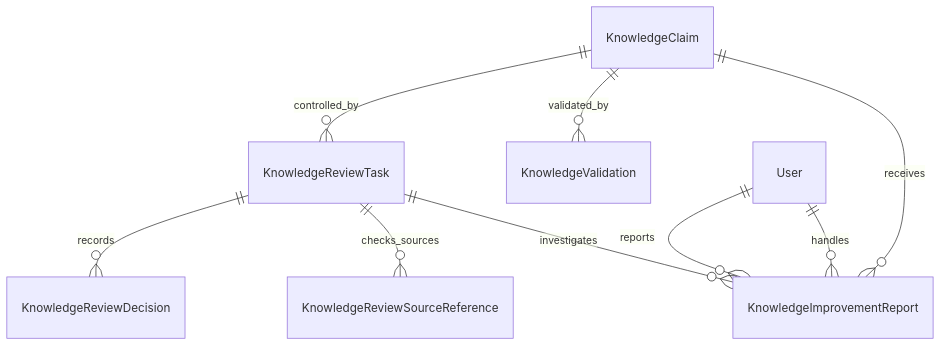
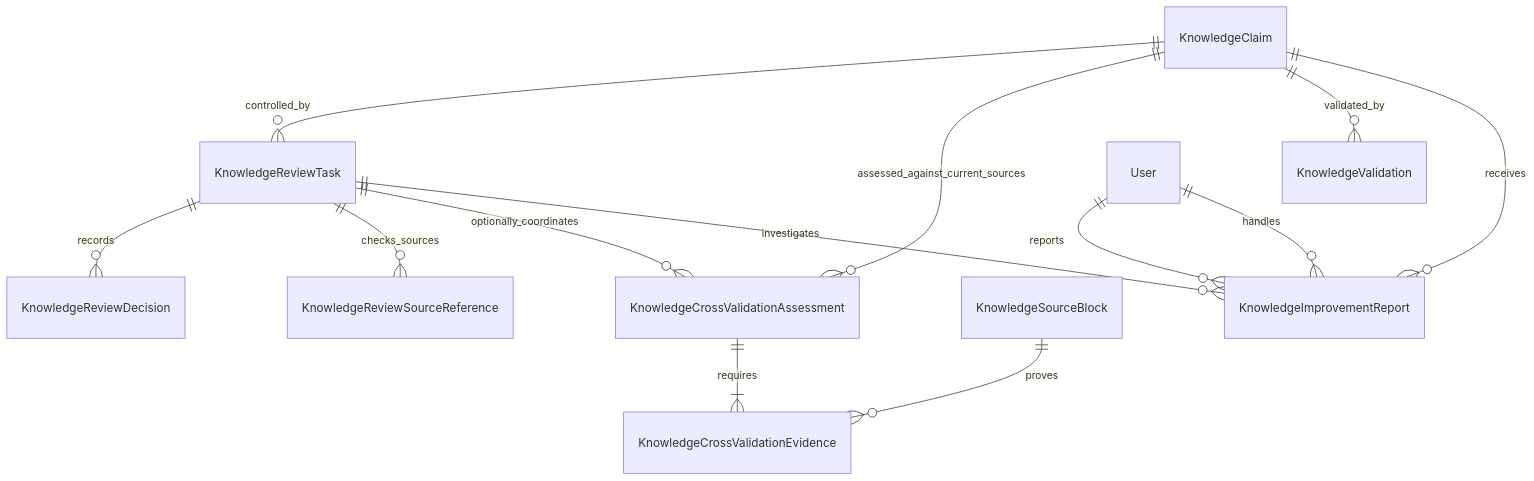
Diagram 13 of 18 in docs/ERD.md (WorkMatchr/platform), drawn with Mermaid before and after one commit. The commit also changed 13 other files, not shown here.

Commit message:
Add Knowledge cross-validation assessments

````diff
--- a/docs/ERD.md
+++ b/docs/ERD.md
@@ -515,11 +515,15 @@
 ```mermaid
 erDiagram
   KnowledgeClaim ||--o{ KnowledgeReviewTask : controlled_by
   KnowledgeReviewTask ||--o{ KnowledgeReviewDecision : records
   KnowledgeReviewTask ||--o{ KnowledgeReviewSourceReference : checks_sources
+  KnowledgeClaim ||--o{ KnowledgeCrossValidationAssessment : assessed_against_current_sources
+  KnowledgeReviewTask ||--o{ KnowledgeCrossValidationAssessment : optionally_coordinates
+  KnowledgeCrossValidationAssessment ||--|{ KnowledgeCrossValidationEvidence : requires
+  KnowledgeSourceBlock ||--o{ KnowledgeCrossValidationEvidence : proves
   KnowledgeClaim ||--o{ KnowledgeValidation : validated_by
   KnowledgeClaim ||--o{ KnowledgeImprovementReport : receives
   KnowledgeReviewTask ||--o{ KnowledgeImprovementReport : investigates
   User ||--o{ KnowledgeImprovementReport : reports
   User ||--o{ KnowledgeImprovementReport : handles
 ```
````
